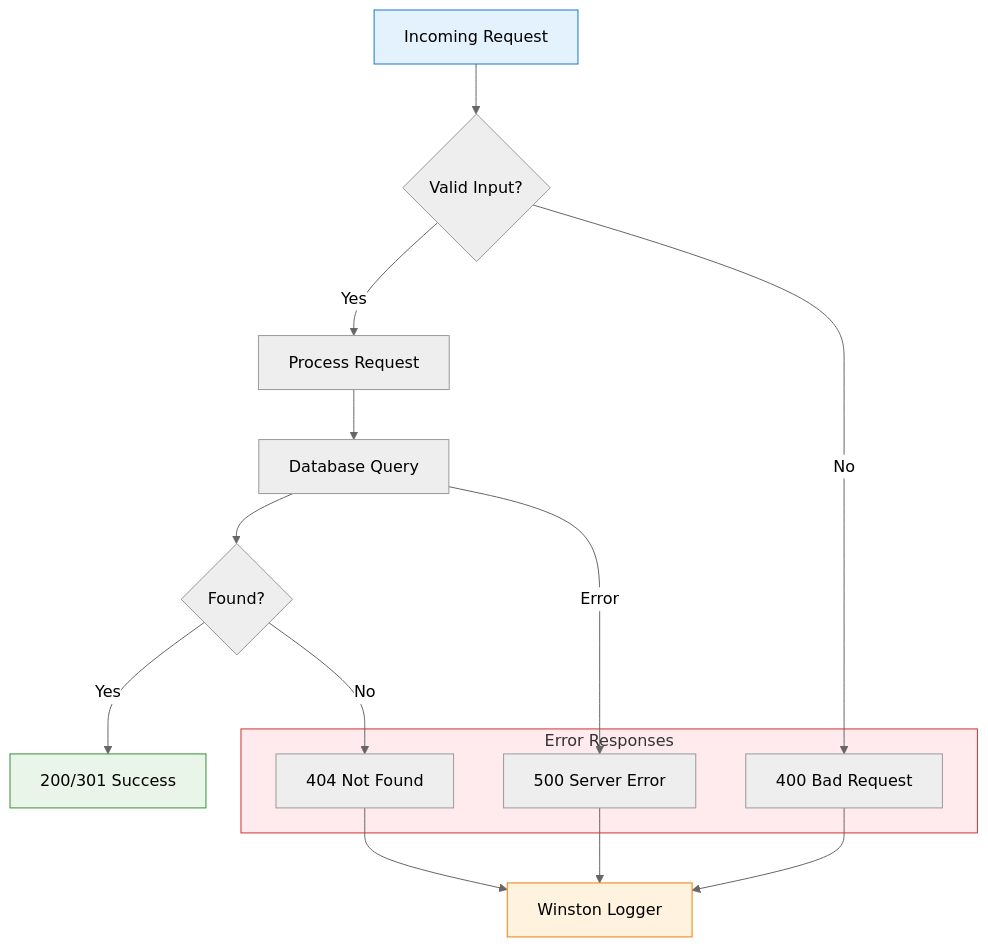
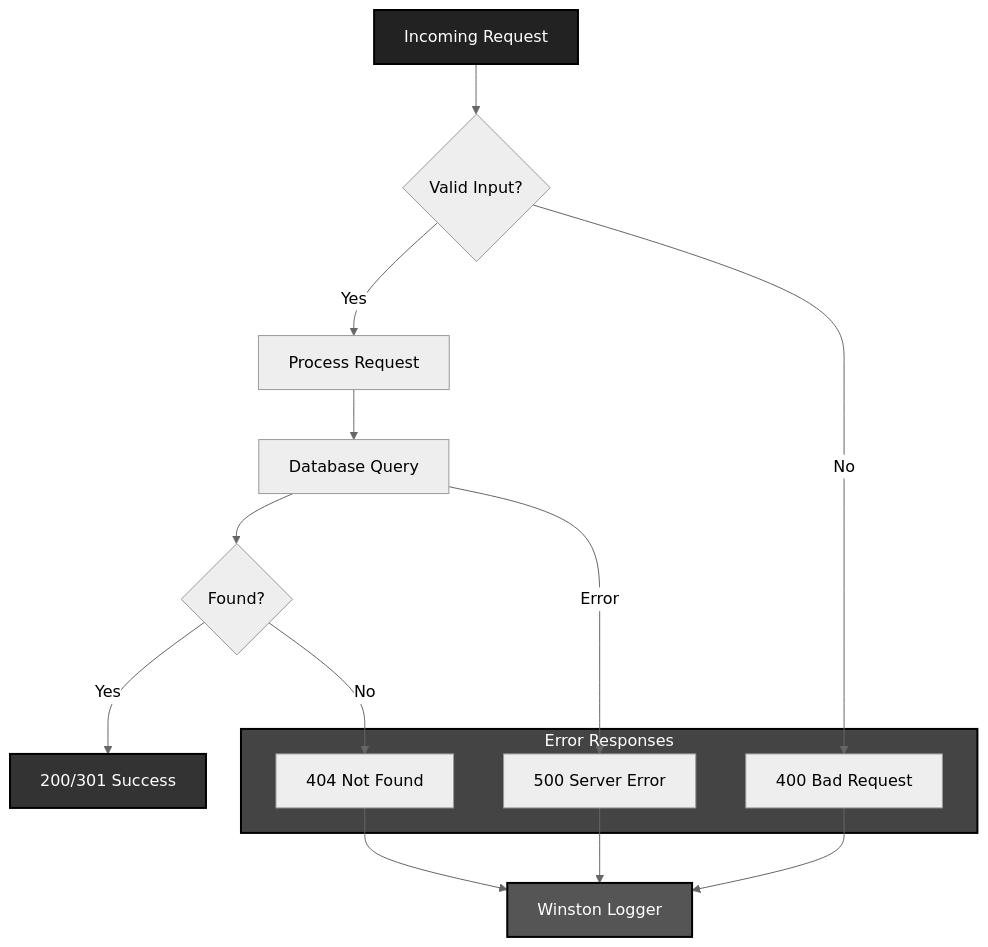
Diagram 12 of 13 in url-shortener-lab02-feature-nginx-layer/README.md (Shahriarin2garden/url-shortener-lab02-feature-nginx-layer), drawn with Mermaid (neutral theme) before and after one commit. The commit also changed other lines of this file, not shown here.

First line of the commit message:
Revise diagram color styles for clarity

````diff
--- a/url-shortener-lab02-feature-nginx-layer/README.md
+++ b/url-shortener-lab02-feature-nginx-layer/README.md
@@ -477,30 +479,30 @@
 ```mermaid
 graph TD
     Request[Incoming Request] --> Validate{Valid Input?}
 
     Validate -->|Yes| Process[Process Request]
     Validate -->|No| BadRequest[400 Bad Request]
 
     Process --> Database[Database Query]
     Database --> Found{Found?}
 
     Found -->|Yes| Success[200/301 Success]
     Found -->|No| NotFound[404 Not Found]
 
     Database -->|Error| ServerError[500 Server Error]
 
     subgraph Errors[Error Responses]
         BadRequest
         NotFound
         ServerError
     end
 
     BadRequest --> Logger[Winston Logger]
     NotFound --> Logger
     ServerError --> Logger
 
-    style Request fill:#e3f2fd,stroke:#1976d2
-    style Success fill:#e8f5e8,stroke:#388e3c
-    style Errors fill:#ffebee,stroke:#d32f2f
-    style Logger fill:#fff3e0,stroke:#f57c00
+    style Request fill:#222,stroke:#000,stroke-width:2px,color:#fff
+    style Success fill:#333,stroke:#000,stroke-width:2px,color:#fff
+    style Errors fill:#444,stroke:#000,stroke-width:2px,color:#fff
+    style Logger fill:#555,stroke:#000,stroke-width:2px,color:#fff
 ```
````
